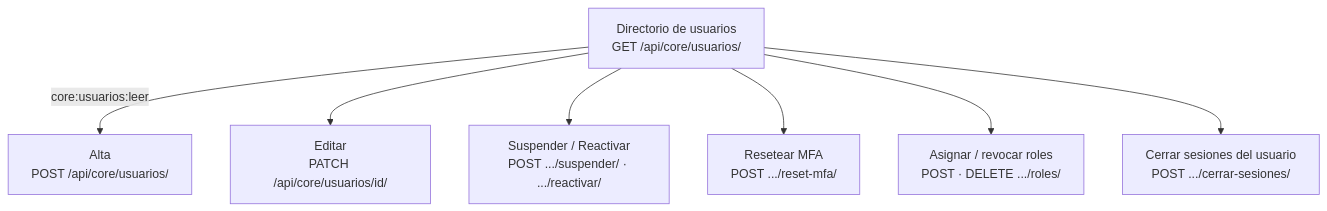
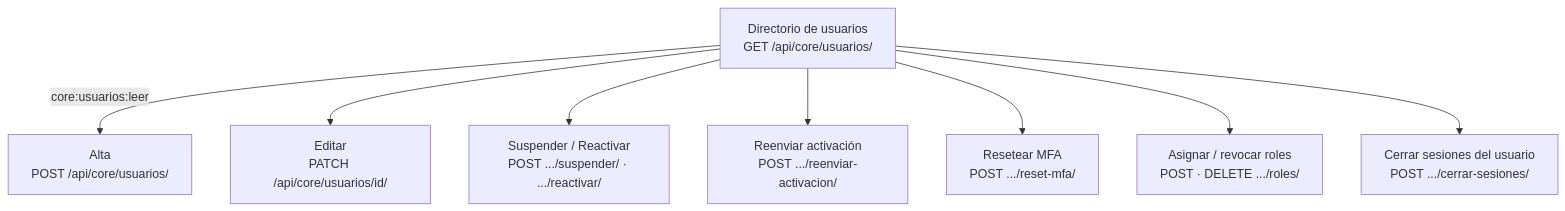
The third of 4 diagrams in docs/api/FLUJO-USUARIOS.md (JJgithubUT/NovaERP-backend), drawn with Mermaid before and after one commit. The commit also changed other lines of this file and 8 other files, not shown here.

````diff
--- a/docs/api/FLUJO-USUARIOS.md
+++ b/docs/api/FLUJO-USUARIOS.md
@@ -96,9 +96,10 @@
 ```mermaid
 flowchart TD
   D[Directorio de usuarios<br/>GET /api/core/usuarios/] -->|core:usuarios:leer| A[Alta<br/>POST /api/core/usuarios/]
   D --> E[Editar<br/>PATCH /api/core/usuarios/id/]
   D --> S[Suspender / Reactivar<br/>POST .../suspender/ · .../reactivar/]
+  D --> V[Reenviar activación<br/>POST .../reenviar-activacion/]
   D --> M[Resetear MFA<br/>POST .../reset-mfa/]
   D --> R[Asignar / revocar roles<br/>POST · DELETE .../roles/]
   D --> C[Cerrar sesiones del usuario<br/>POST .../cerrar-sesiones/]
 ```
````
